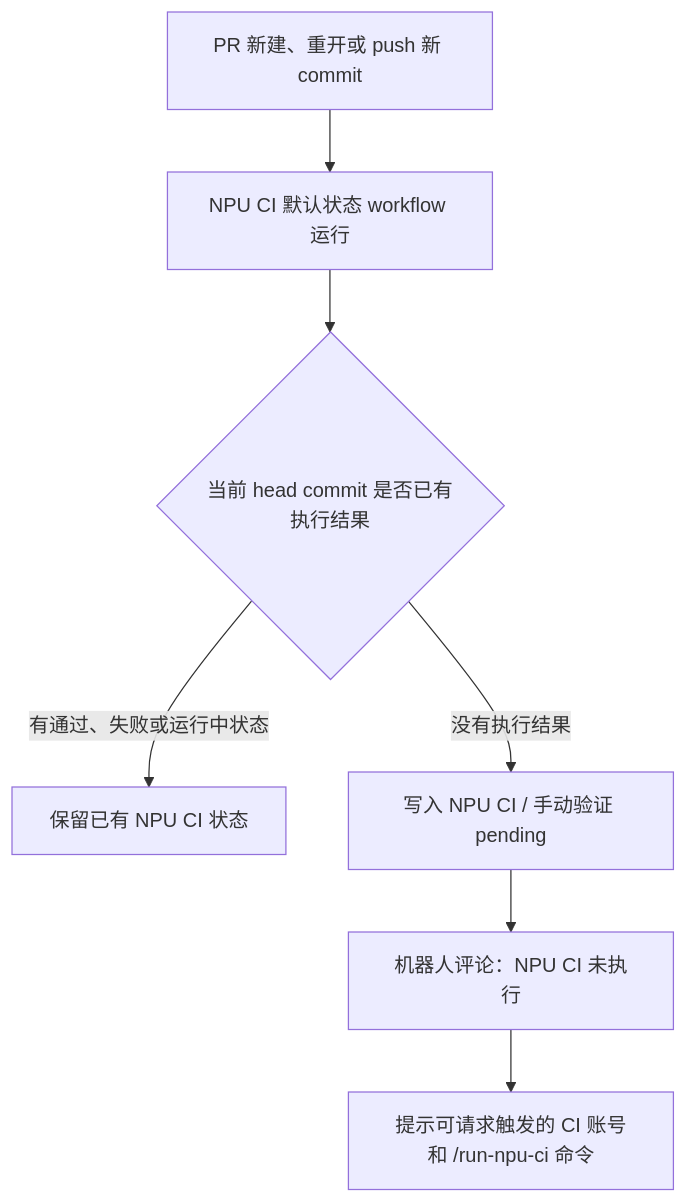
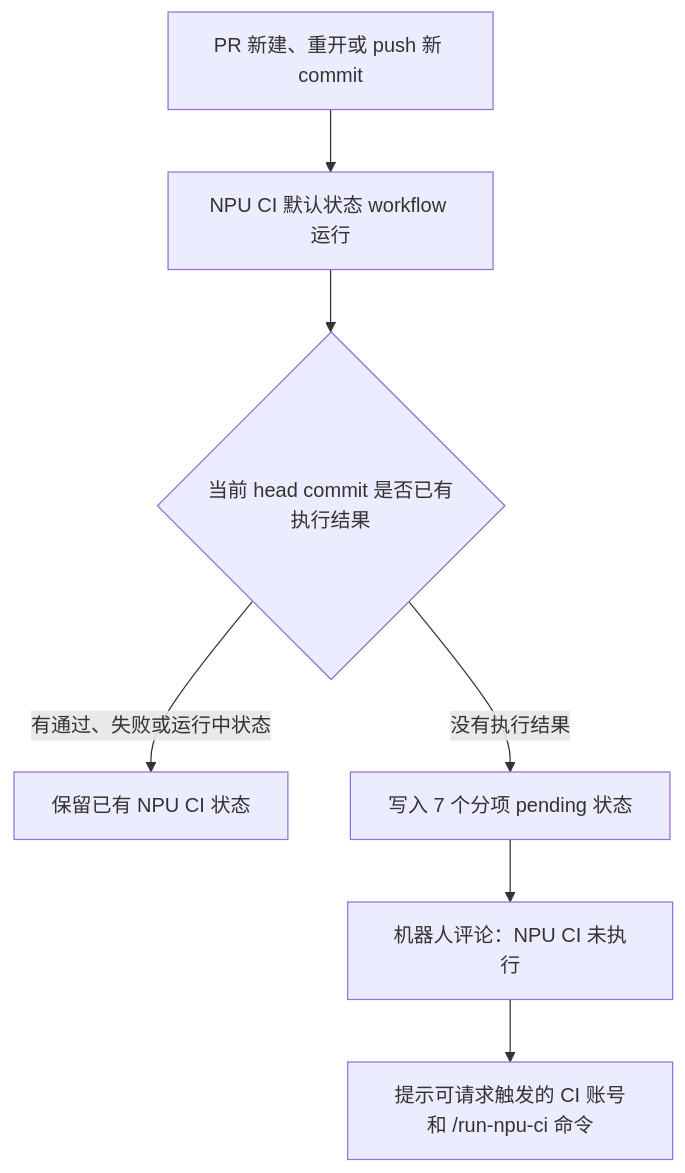
One commit to AnnYE131/flash-linear-attention-npu changed the first of 4 diagrams in docs/Fla-npu仓CI部署教程.md. Above: the diagram before and after it, drawn with Mermaid. The commit also changed other lines of this file and 24 other files, not shown here.

````diff
--- a/docs/Fla-npu仓CI部署教程.md
+++ b/docs/Fla-npu仓CI部署教程.md
@@ -51,9 +77,9 @@
 ```mermaid
 flowchart TD
     A["PR 新建、重开或 push 新 commit"] --> B["NPU CI 默认状态 workflow 运行"]
     B --> C{"当前 head commit 是否已有执行结果"}
     C -- "有通过、失败或运行中状态" --> D["保留已有 NPU CI 状态"]
-    C -- "没有执行结果" --> E["写入 NPU CI / 手动验证 pending"]
+    C -- "没有执行结果" --> E["写入 7 个分项 pending 状态"]
     E --> F["机器人评论：NPU CI 未执行"]
     F --> G["提示可请求触发的 CI 账号和 /run-npu-ci 命令"]
 ```
````
